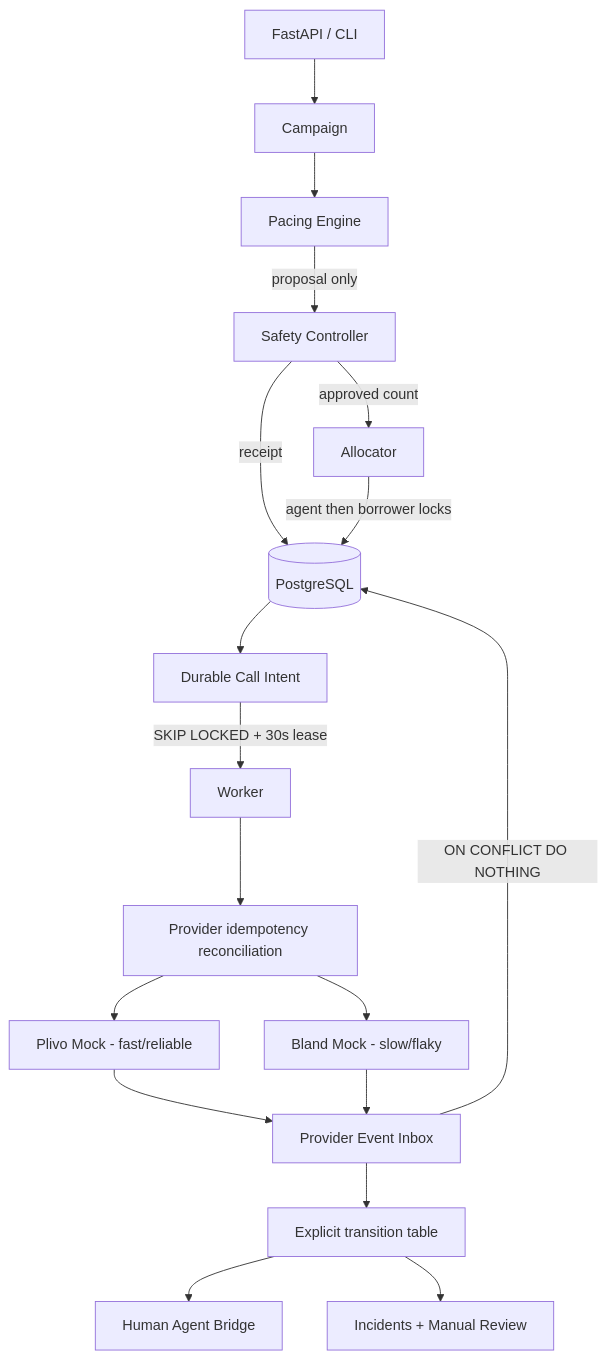
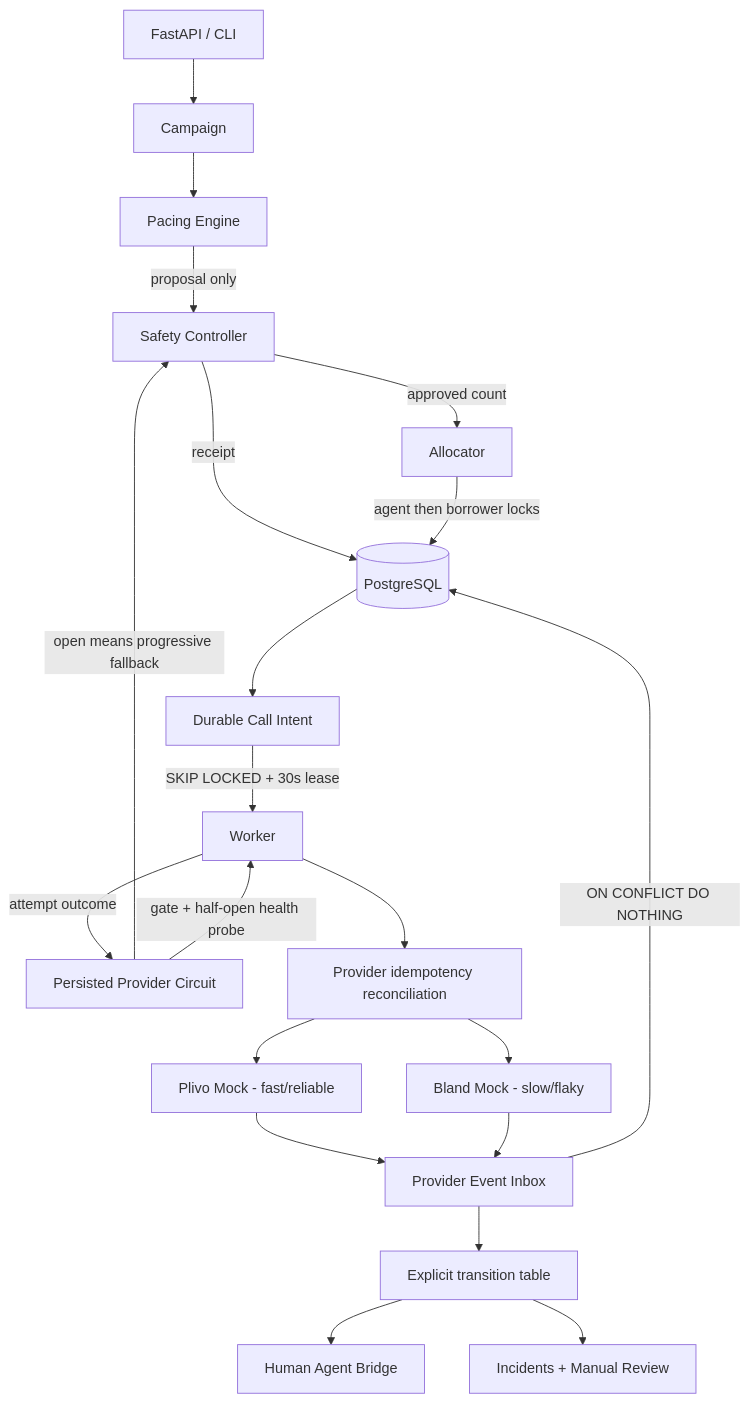
Before and after one commit to UtkarshDubeyGIT/dubey-smart-dialer: the first of 3 diagrams in docs/architecture.md, drawn with Mermaid. The commit also changed 11 other files, not shown here.

Commit message:
Wire provider circuit health into runtime

````diff
--- a/docs/architecture.md
+++ b/docs/architecture.md
@@ -3,20 +3,23 @@
 ```mermaid
 flowchart TB
     API[FastAPI / CLI] --> Campaign
     Campaign --> Pacing[Pacing Engine]
     Pacing -->|proposal only| Safety[Safety Controller]
     Safety -->|receipt| DB[(PostgreSQL)]
     Safety -->|approved count| Allocator
     Allocator -->|agent then borrower locks| DB
     DB --> Intent[Durable Call Intent]
     Intent -->|SKIP LOCKED + 30s lease| Worker
+    Worker -->|attempt outcome| Health[Persisted Provider Circuit]
+    Health -->|open means progressive fallback| Safety
+    Health -->|gate + half-open health probe| Worker
     Worker --> Reconcile[Provider idempotency reconciliation]
     Reconcile --> Plivo[Plivo Mock - fast/reliable]
     Reconcile --> Bland[Bland Mock - slow/flaky]
     Plivo --> Inbox[Provider Event Inbox]
     Bland --> Inbox
     Inbox -->|ON CONFLICT DO NOTHING| DB
     Inbox --> State[Explicit transition table]
     State --> Bridge[Human Agent Bridge]
     State --> Incident[Incidents + Manual Review]
 ```
````
